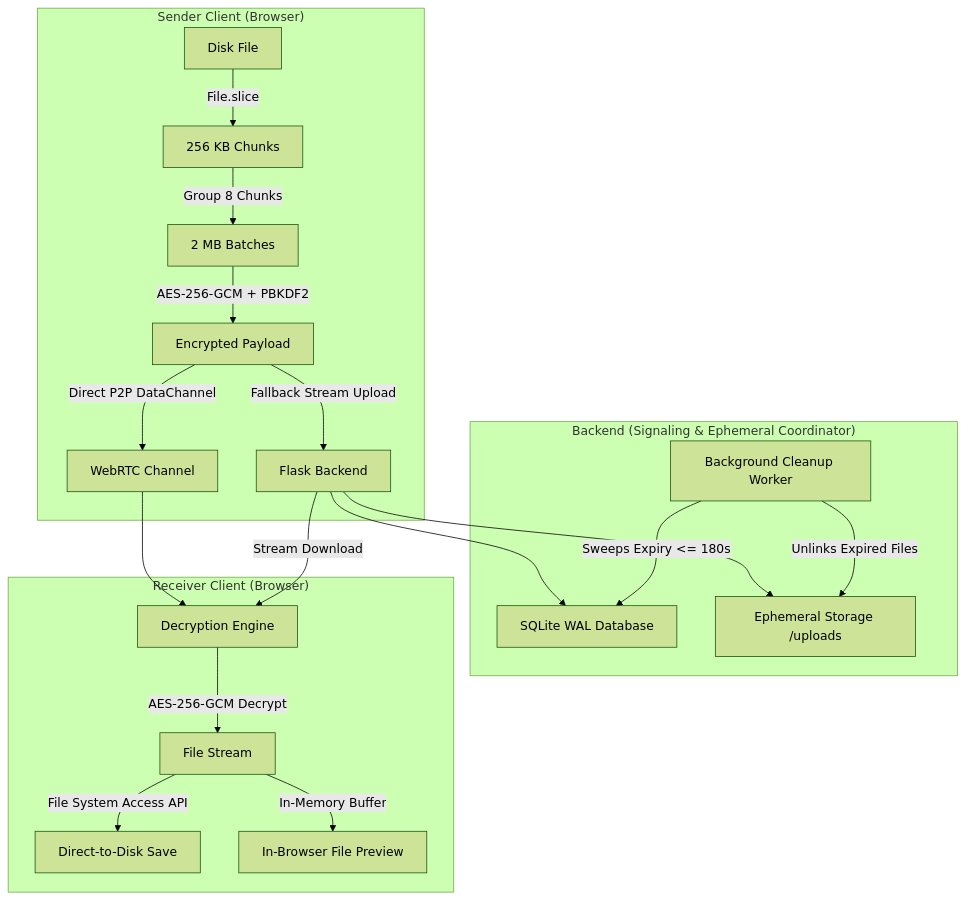
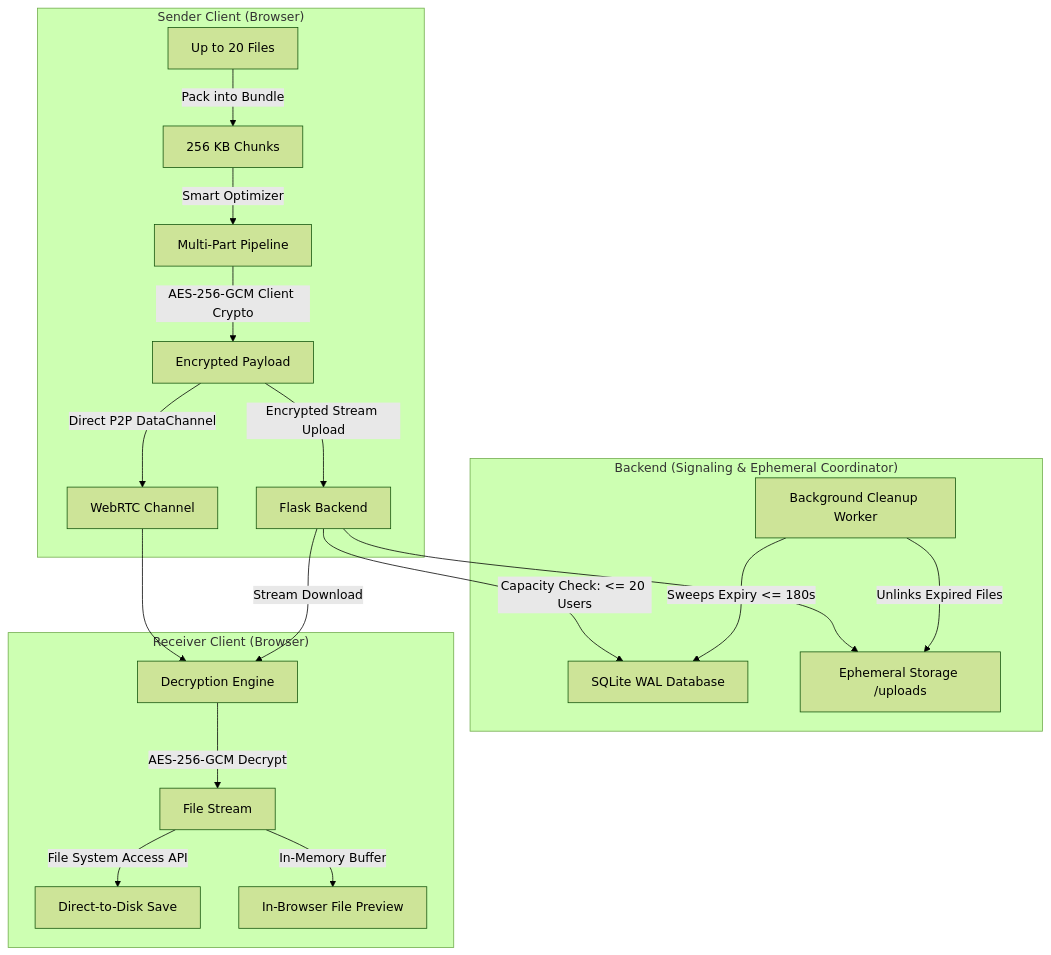
One commit to sujalkathait93-lab/filesender changed the first of 2 diagrams in README.md. Above: the diagram before and after it, drawn with Mermaid (forest theme). The commit also changed other lines of this file and 18 other files, not shown here.

Commit message:
Enforce 20-user capacity & 20-file limits, remove download counts from UI, clean settings, and update architecture docs

````diff
--- a/README.md
+++ b/README.md
@@ -73,25 +76,25 @@
 ```mermaid
 graph TD
     subgraph SENDER ["Sender Client (Browser)"]
-        S1[Disk File] -->|File.slice| S2[256 KB Chunks]
-        S2 -->|Group 8 Chunks| S3[2 MB Batches]
-        S3 -->|AES-256-GCM + PBKDF2| S4[Encrypted Payload]
+        S1[Up to 20 Files] -->|Pack into Bundle| S2[256 KB Chunks]
+        S2 -->|Smart Optimizer| S3[Multi-Part Pipeline]
+        S3 -->|AES-256-GCM Client Crypto| S4[Encrypted Payload]
         S4 -->|Direct P2P DataChannel| W1[WebRTC Channel]
-        S4 -->|Fallback Stream Upload| B1[Flask Backend]
+        S4 -->|Encrypted Stream Upload| B1[Flask Backend]
     end
 
     subgraph BACKEND ["Backend (Signaling & Ephemeral Coordinator)"]
-        B1 --> B2[SQLite WAL Database]
+        B1 -->|Capacity Check: <= 20 Users| B2[SQLite WAL Database]
         B1 --> B3[Ephemeral Storage /uploads]
         B4[Background Cleanup Worker] -->|Sweeps Expiry <= 180s| B2
         B4 -->|Unlinks Expired Files| B3
     end
 
     subgraph RECEIVER ["Receiver Client (Browser)"]
         W1 --> R1[Decryption Engine]
         B1 -->|Stream Download| R1
         R1 -->|AES-256-GCM Decrypt| R2[File Stream]
         R2 -->|File System Access API| R3[Direct-to-Disk Save]
         R2 -->|In-Memory Buffer| R4[In-Browser File Preview]
     end
 ```
````
